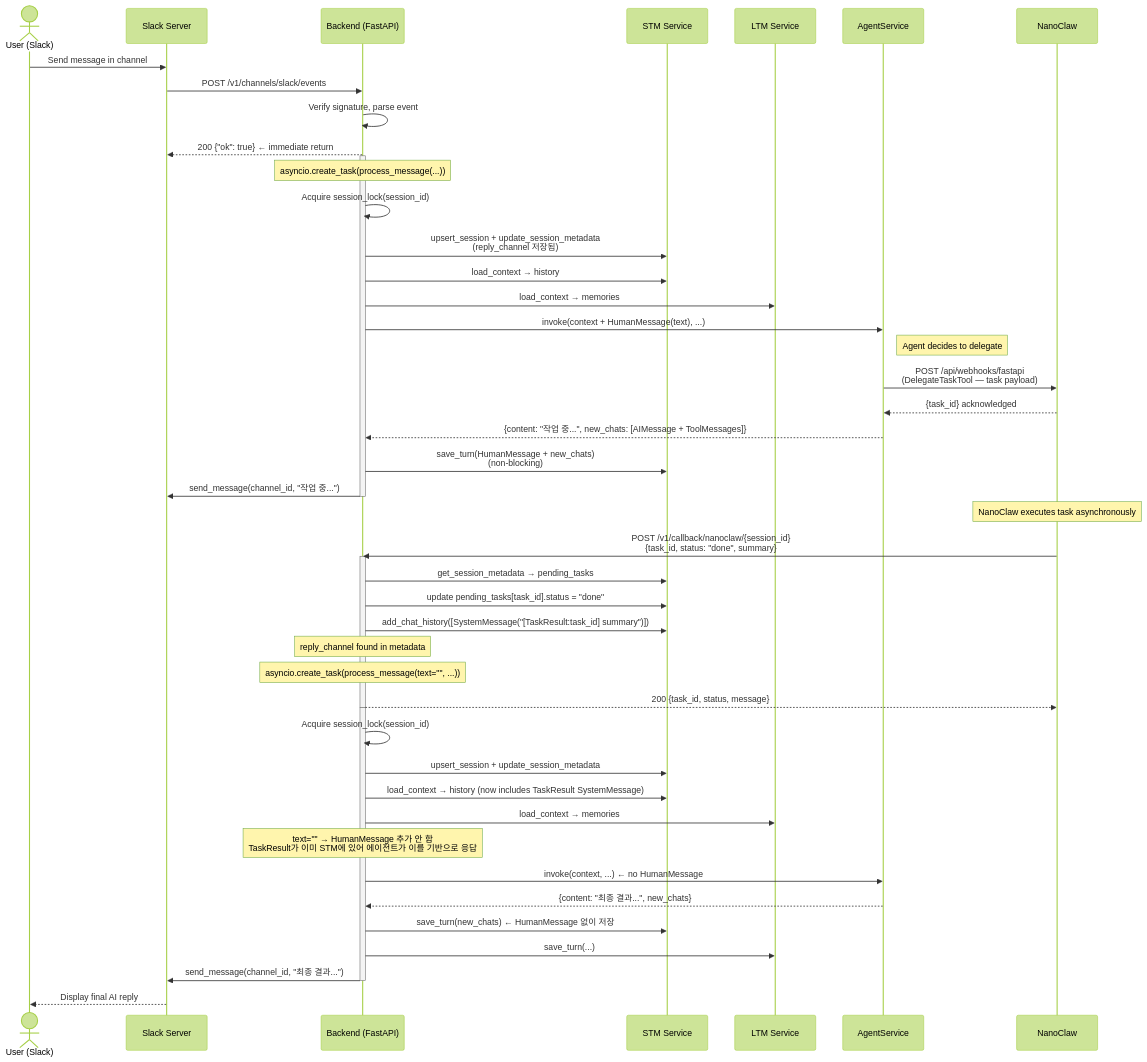
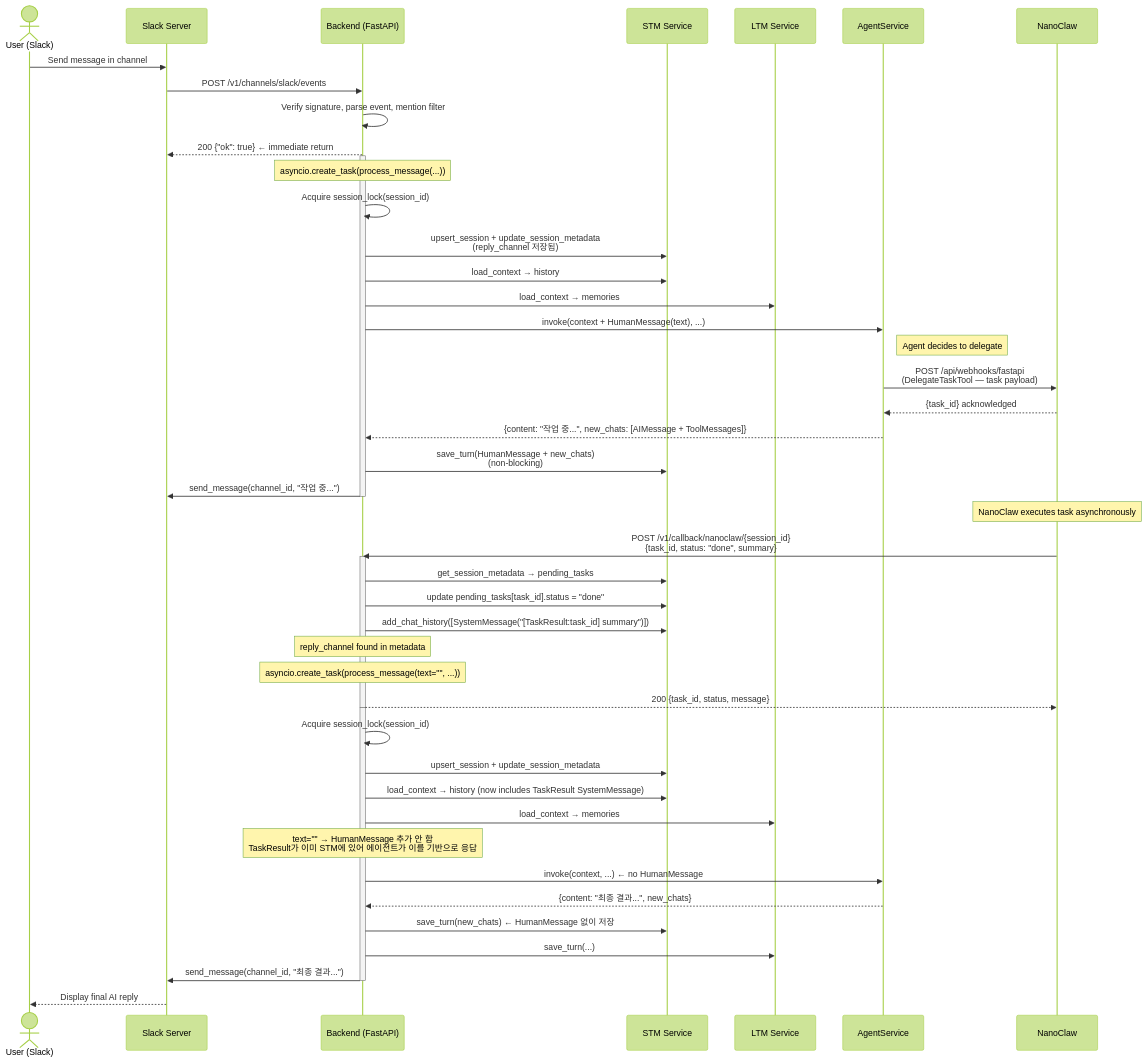
One commit to yw0nam/DesktopMatePlus changed the second of 3 diagrams in docs/data_flow/channel/SLACK_MESSAGE.md. Above: the diagram before and after it, drawn with Mermaid (forest theme). The commit also changed other lines of this file and 4 other files, not shown here.

````diff
--- a/docs/data_flow/channel/SLACK_MESSAGE.md
+++ b/docs/data_flow/channel/SLACK_MESSAGE.md
@@ -68,64 +72,64 @@
 ```mermaid
 sequenceDiagram
     actor User as User (Slack)
     participant Slack as Slack Server
     participant BE as Backend (FastAPI)
     participant STM as STM Service
     participant LTM as LTM Service
     participant Agent as AgentService
     participant NC as NanoClaw
 
     User->>Slack: Send message in channel
     Slack->>BE: POST /v1/channels/slack/events
-    BE->>BE: Verify signature, parse event
+    BE->>BE: Verify signature, parse event, mention filter
     BE-->>Slack: 200 {"ok": true}  ← immediate return
 
     activate BE
     Note over BE: asyncio.create_task(process_message(...))
     BE->>BE: Acquire session_lock(session_id)
     BE->>STM: upsert_session + update_session_metadata<br/>(reply_channel 저장됨)
     BE->>STM: load_context → history
     BE->>LTM: load_context → memories
 
     BE->>Agent: invoke(context + HumanMessage(text), ...)
     Note right of Agent: Agent decides to delegate
     Agent->>NC: POST /api/webhooks/fastapi<br/>(DelegateTaskTool — task payload)
     NC-->>Agent: {task_id} acknowledged
     Agent-->>BE: {content: "작업 중...", new_chats: [AIMessage + ToolMessages]}
 
     BE->>STM: save_turn(HumanMessage + new_chats)<br/>(non-blocking)
     BE->>Slack: send_message(channel_id, "작업 중...")
     deactivate BE
 
     Note over NC: NanoClaw executes task asynchronously
 
     NC->>BE: POST /v1/callback/nanoclaw/{session_id}<br/>{task_id, status: "done", summary}
 
     activate BE
     BE->>STM: get_session_metadata → pending_tasks
     BE->>STM: update pending_tasks[task_id].status = "done"
     BE->>STM: add_chat_history([SystemMessage("[TaskResult:task_id] summary")])
 
     Note over BE: reply_channel found in metadata
     Note over BE: asyncio.create_task(process_message(text="", ...))
     BE-->>NC: 200 {task_id, status, message}
     deactivate BE
 
     activate BE
     BE->>BE: Acquire session_lock(session_id)
     BE->>STM: upsert_session + update_session_metadata
     BE->>STM: load_context → history (now includes TaskResult SystemMessage)
     BE->>LTM: load_context → memories
 
     Note over BE: text="" → HumanMessage 추가 안 함<br/>TaskResult가 이미 STM에 있어 에이전트가 이를 기반으로 응답
     BE->>Agent: invoke(context, ...)  ← no HumanMessage
     Agent-->>BE: {content: "최종 결과...", new_chats}
 
     BE->>STM: save_turn(new_chats)  ← HumanMessage 없이 저장
     BE->>LTM: save_turn(...)
 
     BE->>Slack: send_message(channel_id, "최종 결과...")
     deactivate BE
 
     Slack-->>User: Display final AI reply
 ```
````
